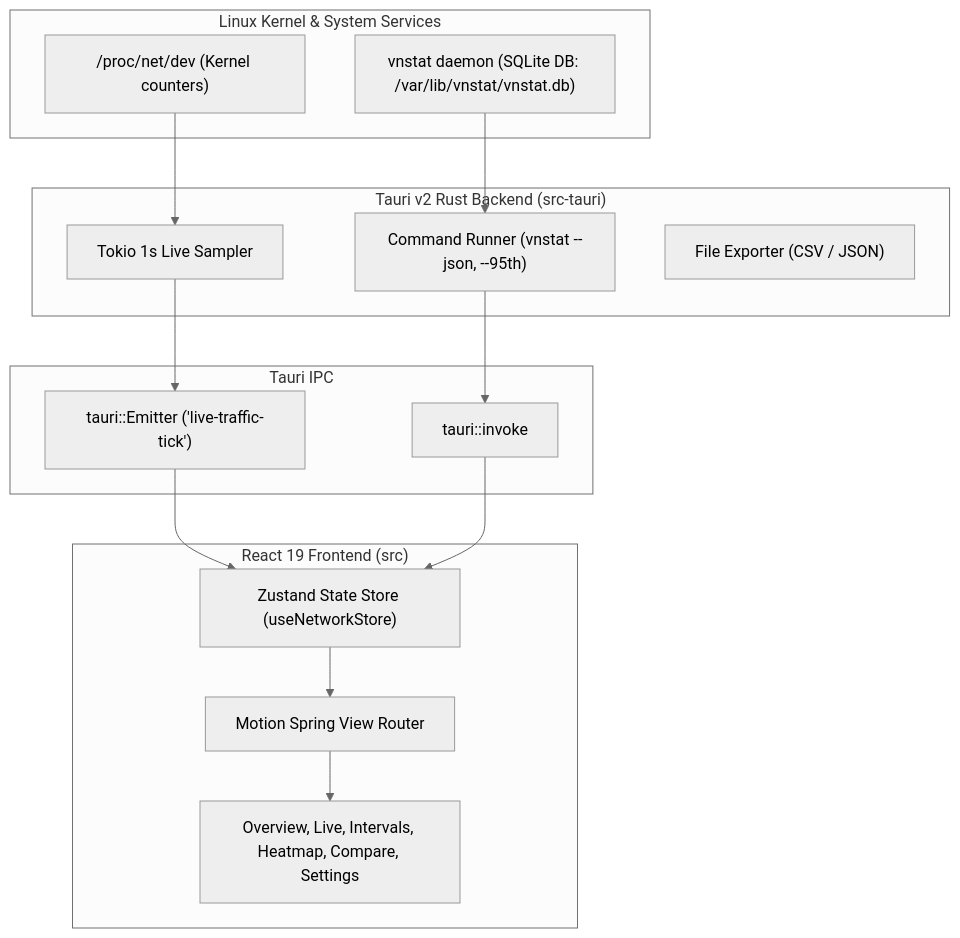
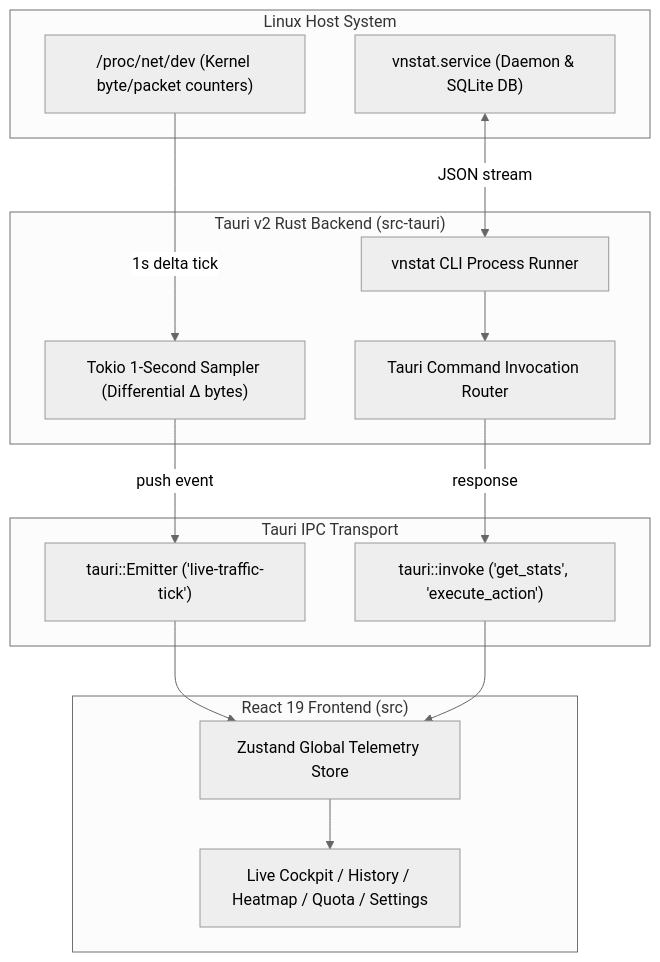
Before and after one commit to th3mw/netpulse: the diagram in README.md, drawn with Mermaid (neutral theme). The commit also changed other lines of this file, not shown here.

Commit message:
docs: modernize README with logo, technical architecture, and table of contents

````diff
--- a/README.md
+++ b/README.md
@@ -52,33 +66,34 @@
 ```mermaid
 flowchart TD
-    subgraph Host ["Linux Kernel & System Services"]
-        PROC["/proc/net/dev (Kernel counters)"]
-        VNSTAT["vnstat daemon (SQLite DB: /var/lib/vnstat/vnstat.db)"]
+    subgraph Host ["Linux Host System"]
+        PROC["/proc/net/dev (Kernel byte/packet counters)"]
+        VNSTAT_DAEMON["vnstat.service (Daemon & SQLite DB)"]
     end
 
-    subgraph Backend ["Tauri v2 Rust Backend (src-tauri)"]
-        SAMPLER["Tokio 1s Live Sampler"]
-        CLI_RUNNER["Command Runner (vnstat --json, --95th)"]
-        EXPORTER["File Exporter (CSV / JSON)"]
+    subgraph RustBackend ["Tauri v2 Rust Backend (src-tauri)"]
+        SAMPLER["Tokio 1-Second Sampler (Differential Δ bytes)"]
+        INVOKE_HANDLER["Tauri Command Invocation Router"]
+        DB_SYNC["vnstat CLI Process Runner"]
     end
 
-    subgraph IPC ["Tauri IPC"]
-        INVOKE["tauri::invoke"]
+    subgraph IPC ["Tauri IPC Transport"]
         EVENT["tauri::Emitter ('live-traffic-tick')"]
+        INVOKE["tauri::invoke ('get_stats', 'execute_action')"]
     end
 
     subgraph Frontend ["React 19 Frontend (src)"]
-        STORE["Zustand State Store (useNetworkStore)"]
-        ROUTER["Motion Spring View Router"]
-        VIEWS["Overview, Live, Intervals, Heatmap, Compare, Settings"]
+        ZUSTAND["Zustand Global Telemetry Store"]
+        VIEWS["Live Cockpit / History / Heatmap / Quota / Settings"]
     end
 
-    PROC --> SAMPLER
-    VNSTAT --> CLI_RUNNER
-    SAMPLER --> EVENT
-    CLI_RUNNER --> INVOKE
-    EVENT --> STORE
-    INVOKE --> STORE
-    STORE --> ROUTER
-    ROUTER --> VIEWS
+    PROC -->|1s delta tick| SAMPLER
+    SAMPLER -->|push event| EVENT
+    EVENT --> ZUSTAND
+
+    VNSTAT_DAEMON <-->|JSON stream| DB_SYNC
+    DB_SYNC --> INVOKE_HANDLER
+    INVOKE_HANDLER -->|response| INVOKE
+    INVOKE --> ZUSTAND
+
+    ZUSTAND --> VIEWS
 ```
````
